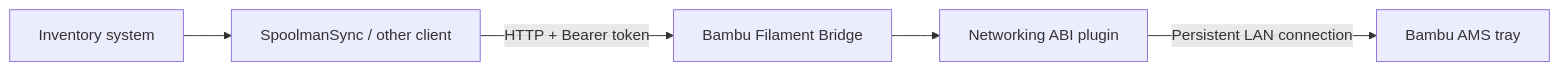
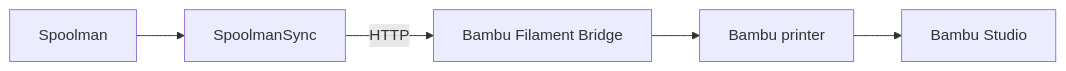
The diagram in README.md (misch2/bambu-filament-bridge), drawn with Mermaid before and after one commit. The commit also changed other lines of this file and 1 other file, not shown here.

````diff
--- a/README.md
+++ b/README.md
@@ -12,7 +13,7 @@
 ```mermaid
 flowchart LR
-  Inventory[Inventory system] --> Client[SpoolmanSync / other client]
-  Client -->|HTTP + Bearer token| Bridge[Bambu Filament Bridge]
-  Bridge --> Plugin[Networking ABI plugin]
-  Plugin -->|Persistent LAN connection| Printer[Bambu AMS tray]
+  Spoolman[Spoolman] --> SpoolmanSync[SpoolmanSync]
+  SpoolmanSync -->|HTTP| Bridge[Bambu Filament Bridge]
+  Bridge --> Printer[Bambu printer]
+  Printer --> Studio[Bambu Studio]
 ```
````
